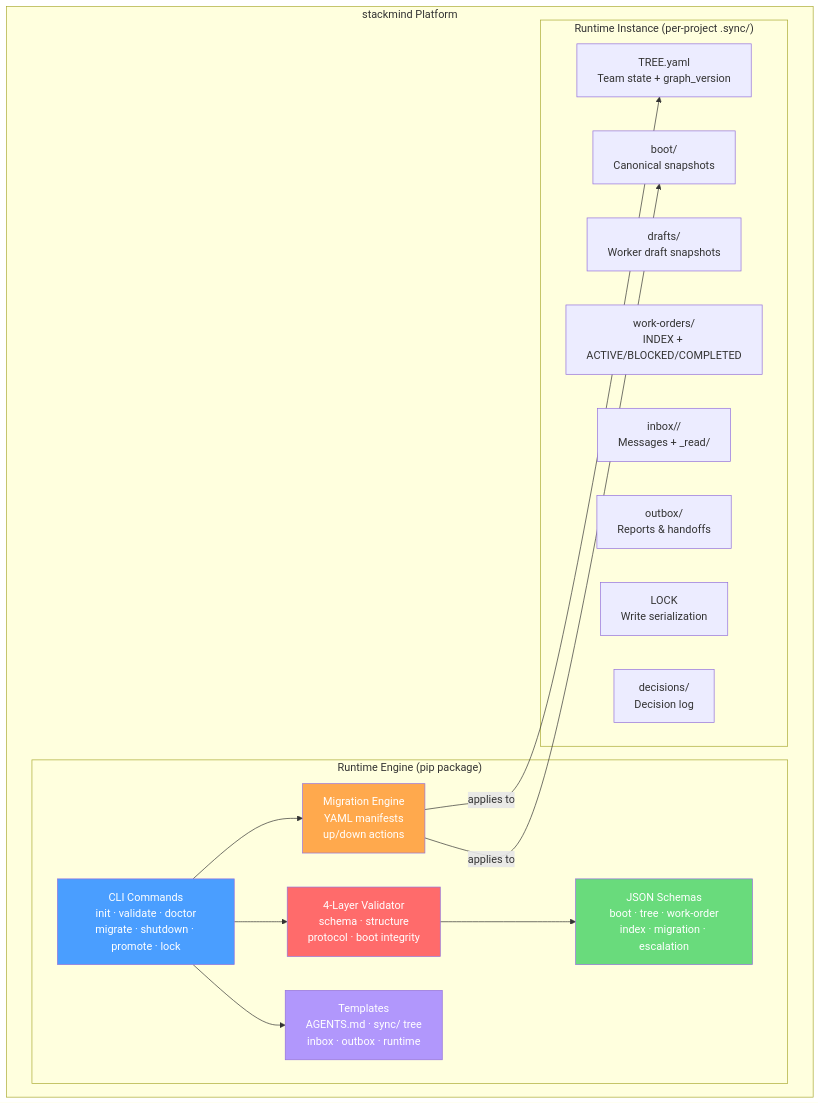
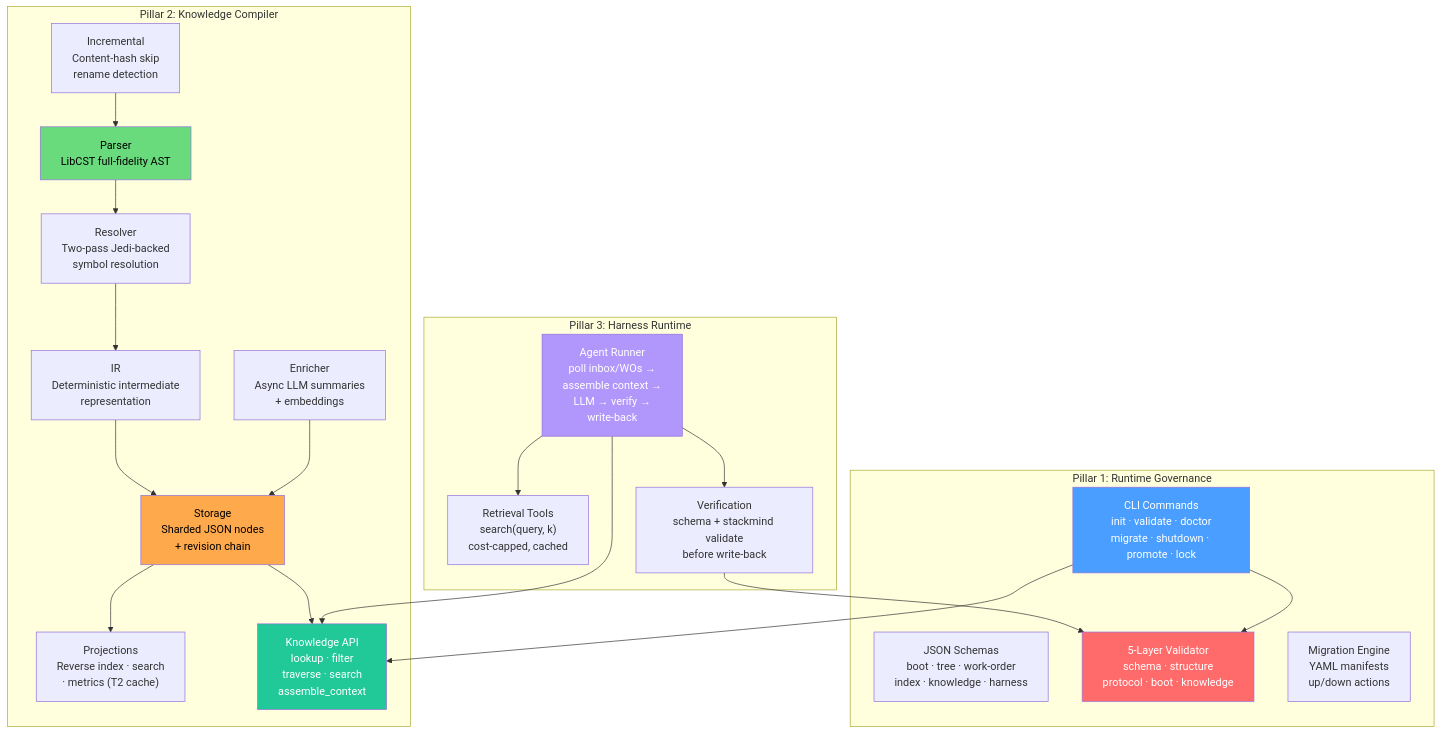
The first of 5 diagrams in STACKMIND.md (Abhishek3670/stackmind), drawn with Mermaid before and after one commit. The commit also changed other lines of this file and 12 other files, not shown here.

````diff
--- a/STACKMIND.md
+++ b/STACKMIND.md
@@ -41,36 +54,49 @@
 ```mermaid
 graph TB
-    subgraph "stackmind Platform"
-        subgraph "Runtime Engine (pip package)"
-            CLI["CLI Commands<br/>init · validate · doctor<br/>migrate · shutdown · promote · lock"]
-            SCH["JSON Schemas<br/>boot · tree · work-order<br/>index · migration · escalation"]
-            VAL["4-Layer Validator<br/>schema · structure<br/>protocol · boot integrity"]
-            MIG["Migration Engine<br/>YAML manifests<br/>up/down actions"]
-            TPL["Templates<br/>AGENTS.md · sync/ tree<br/>inbox · outbox · runtime"]
-        end
-
-        subgraph "Runtime Instance (per-project .sync/)"
-            TREE["TREE.yaml<br/>Team state + graph_version"]
-            BOOT["boot/<br/>Canonical snapshots"]
-            DRAFT["drafts/<br/>Worker draft snapshots"]
-            WO["work-orders/<br/>INDEX + ACTIVE/BLOCKED/COMPLETED"]
-            INBOX["inbox/<agent>/<br/>Messages + _read/"]
-            OUTBOX["outbox/<br/>Reports & handoffs"]
-            LOCK["LOCK<br/>Write serialization"]
-            DEC["decisions/<br/>Decision log"]
-        end
+    subgraph "Pillar 1: Runtime Governance"
+        CLI["CLI Commands<br/>init · validate · doctor<br/>migrate · shutdown · promote · lock"]
+        SCH["JSON Schemas<br/>boot · tree · work-order<br/>index · knowledge · harness"]
+        VAL["5-Layer Validator<br/>schema · structure<br/>protocol · boot · knowledge"]
+        MIG["Migration Engine<br/>YAML manifests<br/>up/down actions"]
     end
 
+    subgraph "Pillar 2: Knowledge Compiler"
+        PARSE["Parser<br/>LibCST full-fidelity AST"]
+        RESOLVE["Resolver<br/>Two-pass Jedi-backed<br/>symbol resolution"]
+        IR["IR<br/>Deterministic intermediate<br/>representation"]
+        STORE["Storage<br/>Sharded JSON nodes<br/>+ revision chain"]
+        PROJ["Projections<br/>Reverse index · search<br/>· metrics (T2 cache)"]
+        API["Knowledge API<br/>lookup · filter<br/>traverse · search<br/>assemble_context"]
+        INCR["Incremental<br/>Content-hash skip<br/>rename detection"]
+        ENRICH["Enricher<br/>Async LLM summaries<br/>+ embeddings"]
+    end
+
+    subgraph "Pillar 3: Harness Runtime"
+        RUNNER["Agent Runner<br/>poll inbox/WOs →<br/>assemble context →<br/>LLM → verify →<br/>write-back"]
+        RETRIEVAL["Retrieval Tools<br/>search(query, k)<br/>cost-capped, cached"]
+        VERIFY["Verification<br/>schema + stackmind validate<br/>before write-back"]
+    end
+
+    PARSE --> RESOLVE
+    RESOLVE --> IR
+    IR --> STORE
+    STORE --> PROJ
+    STORE --> API
+    INCR --> PARSE
+    ENRICH --> STORE
+
+    RUNNER --> API
+    RUNNER --> RETRIEVAL
+    RUNNER --> VERIFY
+    VERIFY --> VAL
+
     CLI --> VAL
-    CLI --> MIG
-    CLI --> TPL
-    VAL --> SCH
-    MIG -->|applies to| TREE
-    MIG -->|applies to| BOOT
+    CLI --> API
 
     style CLI fill:#4a9eff,color:#fff
     style VAL fill:#ff6b6b,color:#fff
-    style MIG fill:#ffa94d,color:#fff
-    style SCH fill:#69db7c,color:#fff
-    style TPL fill:#b197fc,color:#fff
+    style API fill:#20c997,color:#fff
+    style RUNNER fill:#b197fc,color:#fff
+    style PARSE fill:#69db7c,color:#000
+    style STORE fill:#ffa94d,color:#000
 ```
````
